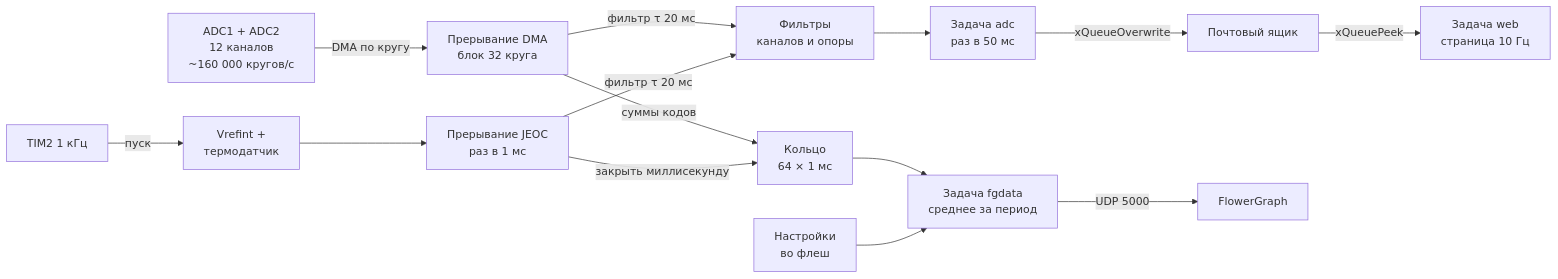
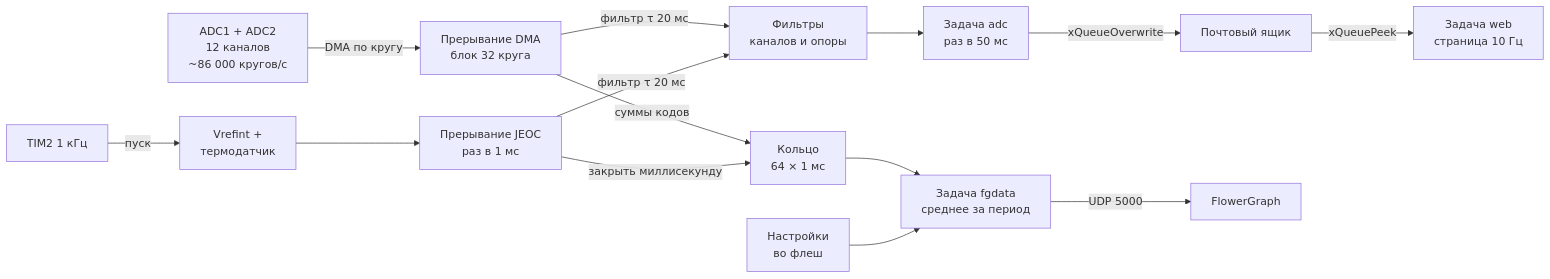
One commit to mamkincoderr/V307_FreeRTOS changed the diagram in README.md. Above: the diagram before and after it, drawn with Mermaid. The commit also changed other lines of this file and 7 other files, not shown here.

````diff
--- a/README.md
+++ b/README.md
@@ -98,16 +98,16 @@
 ```mermaid
 flowchart LR
-    ADC["ADC1 + ADC2<br/>12 каналов<br/>~160 000 кругов/с"] -->|DMA по кругу| ISR1["Прерывание DMA<br/>блок 32 круга"]
+    ADC["ADC1 + ADC2<br/>12 каналов<br/>~86 000 кругов/с"] -->|DMA по кругу| ISR1["Прерывание DMA<br/>блок 32 круга"]
     TIM["TIM2 1 кГц"] -->|пуск| INJ["Vrefint +<br/>термодатчик"]
     INJ --> ISR2["Прерывание JEOC<br/>раз в 1 мс"]
     ISR1 -->|суммы кодов| RING["Кольцо<br/>64 × 1 мс"]
     ISR2 -->|закрыть миллисекунду| RING
     ISR1 -->|фильтр τ 20 мс| FILT["Фильтры<br/>каналов и опоры"]
     ISR2 -->|фильтр τ 20 мс| FILT
     FILT --> ADCT["Задача adc<br/>раз в 50 мс"]
     ADCT -->|xQueueOverwrite| MB["Почтовый ящик"]
     MB -->|xQueuePeek| WEB["Задача web<br/>страница 10 Гц"]
     RING --> FGD["Задача fgdata<br/>среднее за период"]
     CFG["Настройки<br/>во флеш"] --> FGD
     FGD -->|UDP 5000| FG["FlowerGraph"]
 ```
````
